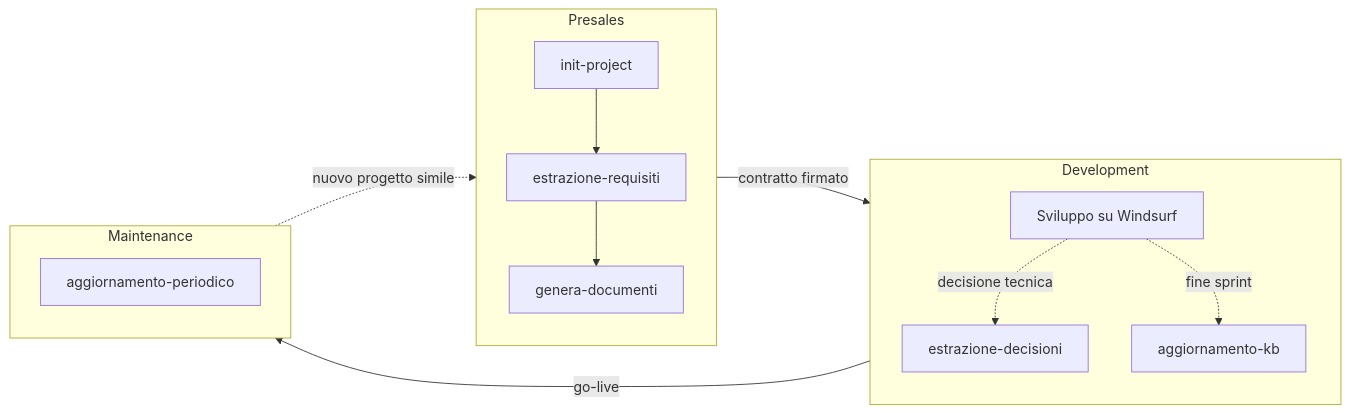
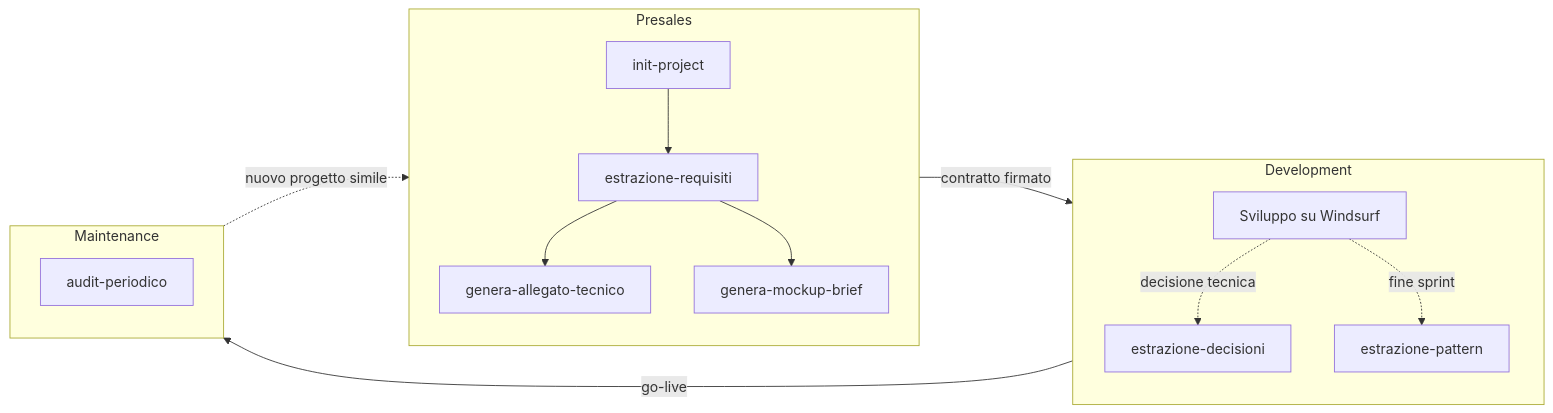
Before and after one commit to SimoneBriganteLaif/SimoneAI: the second of 7 diagrams in docs/workflow.md, drawn with Mermaid. The commit also changed other lines of this file and 29 other files, not shown here.

````diff
--- a/docs/workflow.md
+++ b/docs/workflow.md
@@ -9,23 +53,24 @@
 ```mermaid
 flowchart LR
     subgraph PRESALES["Presales"]
         P1[init-project] --> P2[estrazione-requisiti]
-        P2 --> P3[genera-documenti]
+        P2 --> P3[genera-allegato-tecnico]
+        P2 --> P4[genera-mockup-brief]
     end
 
     subgraph DEV["Development"]
         D1[Sviluppo su Windsurf]
         D2[estrazione-decisioni]
-        D3[aggiornamento-kb]
+        D3[estrazione-pattern]
         D1 -.->|decisione tecnica| D2
         D1 -.->|fine sprint| D3
     end
 
     subgraph MAINT["Maintenance"]
-        M1[aggiornamento-periodico]
+        M1[audit-periodico]
     end
 
     PRESALES -->|contratto firmato| DEV
     DEV -->|go-live| MAINT
     MAINT -.->|nuovo progetto simile| PRESALES
 ```
````
